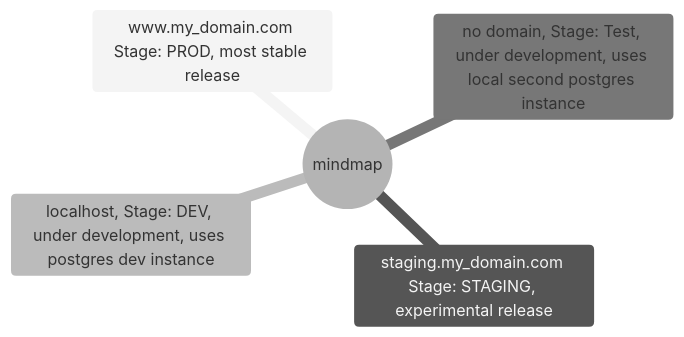
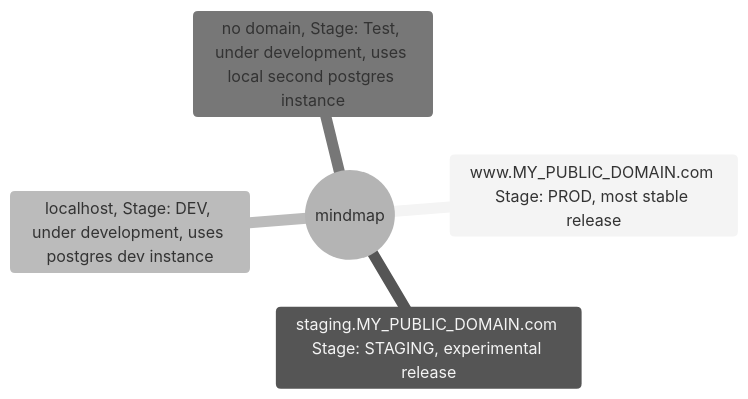
Before and after one commit to BurnySc2/monorepo: the first of 7 diagrams in fastapi_server/README.md, drawn with Mermaid (neutral theme). The commit also changed 51 other files, not shown here.

````diff
--- a/fastapi_server/README.md
+++ b/fastapi_server/README.md
@@ -63,11 +63,11 @@
 ```mermaid
 ---
 title: "Stages: local_dev, dev, staging, prod, test"
 ---
 mindmap
   root((mindmap))
-    www.my_domain.com Stage: PROD, most stable release
-    staging.my_domain.com Stage: STAGING, experimental release
+    www.MY_PUBLIC_DOMAIN.com Stage: PROD, most stable release
+    staging.MY_PUBLIC_DOMAIN.com Stage: STAGING, experimental release
     localhost, Stage: DEV, under development, uses postgres dev instance
     no domain, Stage: Test, under development, uses local second postgres instance
 ```
````
